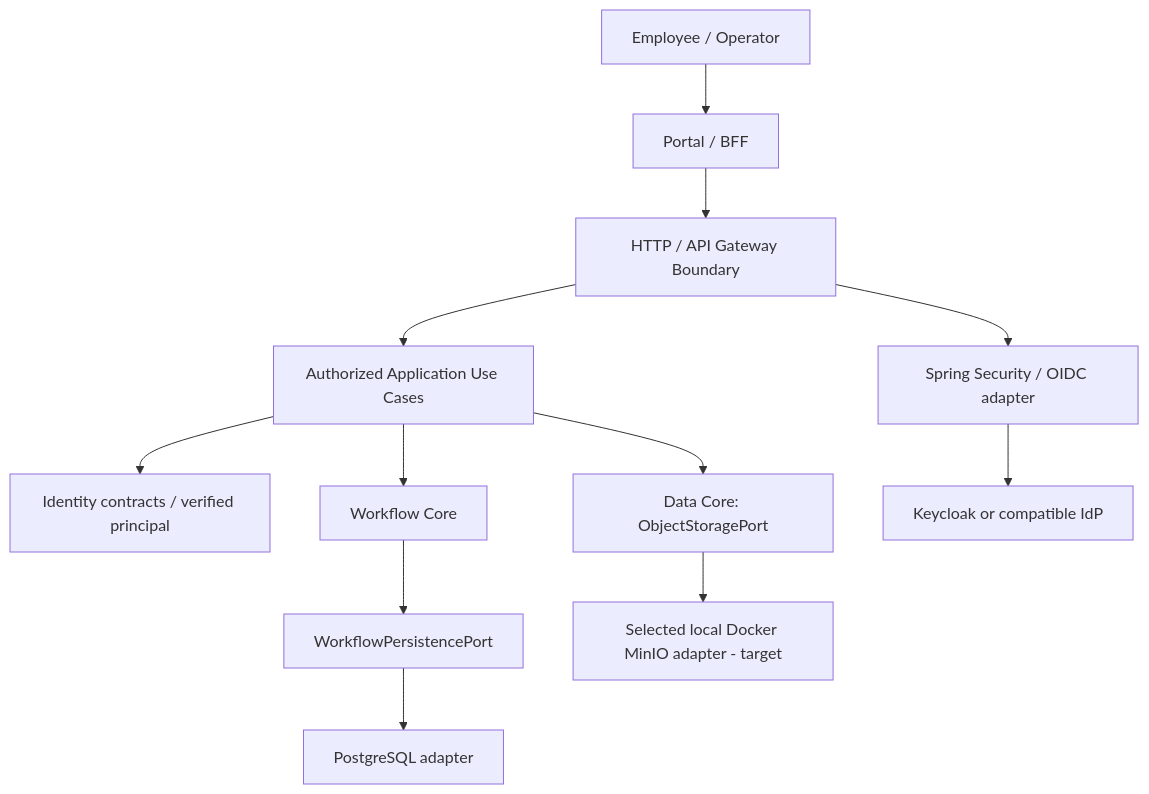
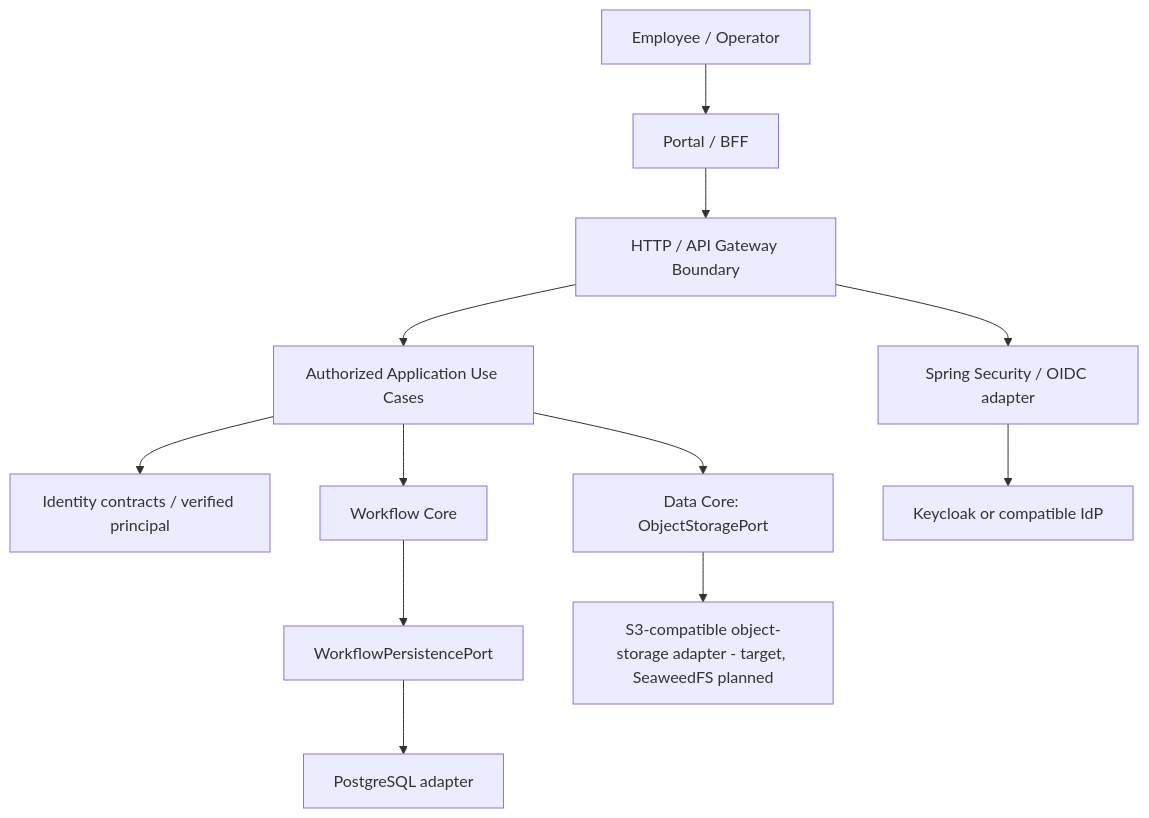
One commit to lexuanbao258-collab/opentrix-contributors-test changed the diagram in docs/00-project/project-overview.md. Above: the diagram before and after it, drawn with Mermaid. The commit also changed other lines of this file and 35 other files, not shown here.

````diff
--- a/docs/00-project/project-overview.md
+++ b/docs/00-project/project-overview.md
@@ -39,14 +39,14 @@
 ```mermaid
 flowchart TD
     User[Employee / Operator] --> Portal[Portal / BFF]
     Portal --> Gateway[HTTP / API Gateway Boundary]
     Gateway --> App[Authorized Application Use Cases]
     App --> Identity[Identity contracts / verified principal]
     App --> Workflow[Workflow Core]
     App --> Data[Data Core: ObjectStoragePort]
     Workflow --> WPort[WorkflowPersistencePort]
     WPort --> Pg[PostgreSQL adapter]
-    Data --> Storage[Selected local Docker MinIO adapter - target]
+    Data --> Storage[S3-compatible object-storage adapter - target, SeaweedFS planned]
     Gateway --> Security[Spring Security / OIDC adapter]
     Security --> IdP[Keycloak or compatible IdP]
 ```
````
